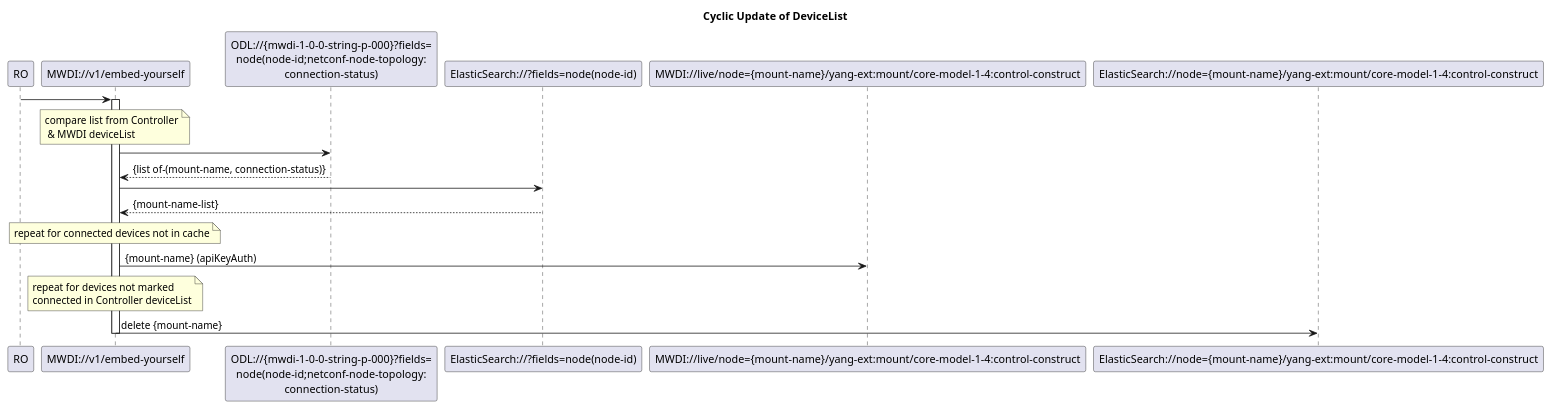
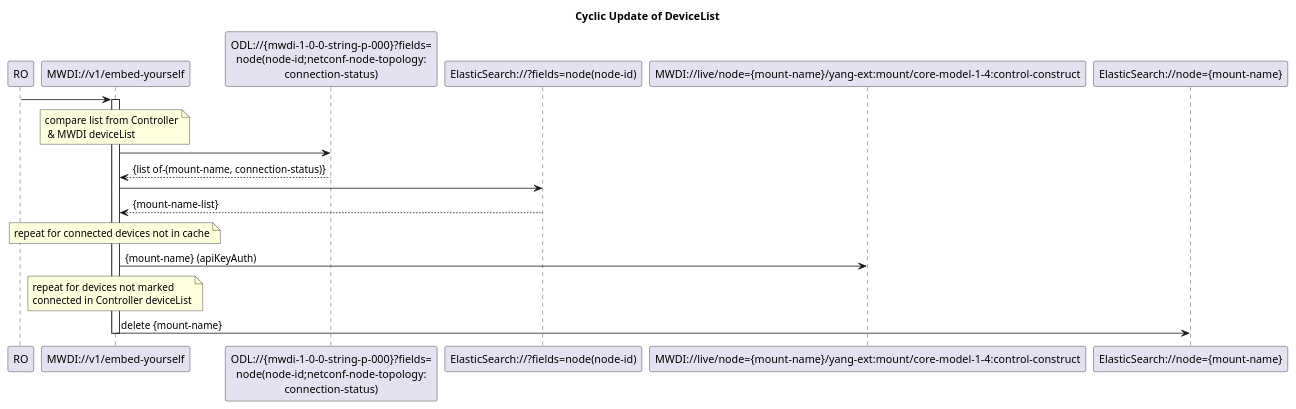
Before and after one commit to openBackhaul/MicroWaveDeviceInventory: the diagram in spec/diagrams/00x_CyclicOperationBasedDeviceListSync.plantuml, drawn with PlantUML. The commit also changed 1 other file, not shown here.

```diff
--- a/spec/diagrams/00x_CyclicOperationBasedDeviceListSync.plantuml
+++ b/spec/diagrams/00x_CyclicOperationBasedDeviceListSync.plantuml
@@ -1,32 +1,32 @@
 @startuml 00x_CyclicOperationBasedDeviceListSync
 skinparam responseMessageBelowArrow true
 
 title  Cyclic Update of DeviceList
 
 participant "RO" as ro
 participant "MWDI://v1/embed-yourself" as mwdi
 participant "ODL://{mwdi-1-0-0-string-p-000}?fields=\nnode(node-id;netconf-node-topology:\nconnection-status)" as odlConnectionStatus
 participant "ElasticSearch://?fields=node(node-id)" as ConnectedDeviceList
 participant "MWDI://live/node={mount-name}/yang-ext:mount/core-model-1-4:control-construct" as ControlConstruct
-participant "ElasticSearch://node={mount-name}/yang-ext:mount/core-model-1-4:control-construct" as es
+participant "ElasticSearch://node={mount-name}" as es
 
 ro -> mwdi
 activate mwdi
 
 note over mwdi: compare list from Controller\n & MWDI deviceList
 'get deviceList from Controller
 mwdi -> odlConnectionStatus
 odlConnectionStatus --> mwdi: {list of-(mount-name, connection-status)}
 
 'get MWDI deviceList from ElasticSearch
 mwdi -> ConnectedDeviceList
 ConnectedDeviceList --> mwdi: {mount-name-list}
 
 note over mwdi: repeat for connected devices not in cache
 mwdi -> ControlConstruct: {mount-name} (apiKeyAuth)
 
 note over mwdi: repeat for devices not marked \nconnected in Controller deviceList
 mwdi -> es: delete {mount-name}
 deactivate mwdi
 
 @enduml
```
